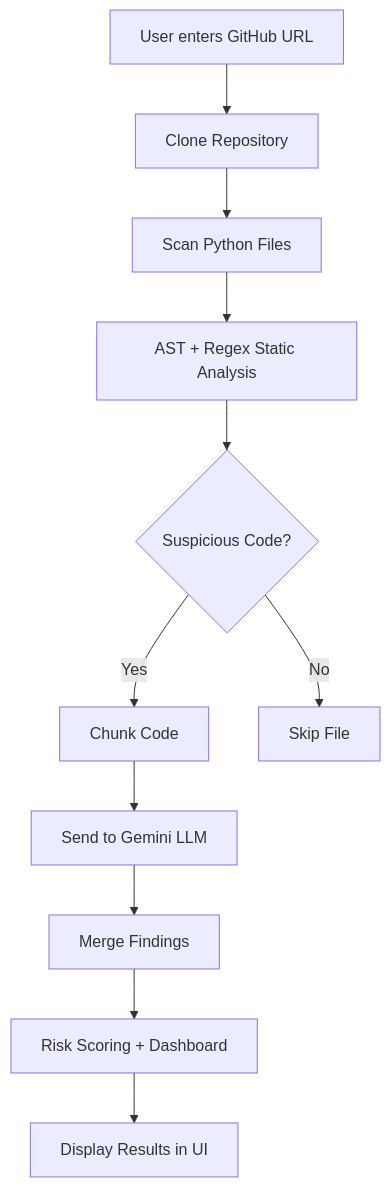
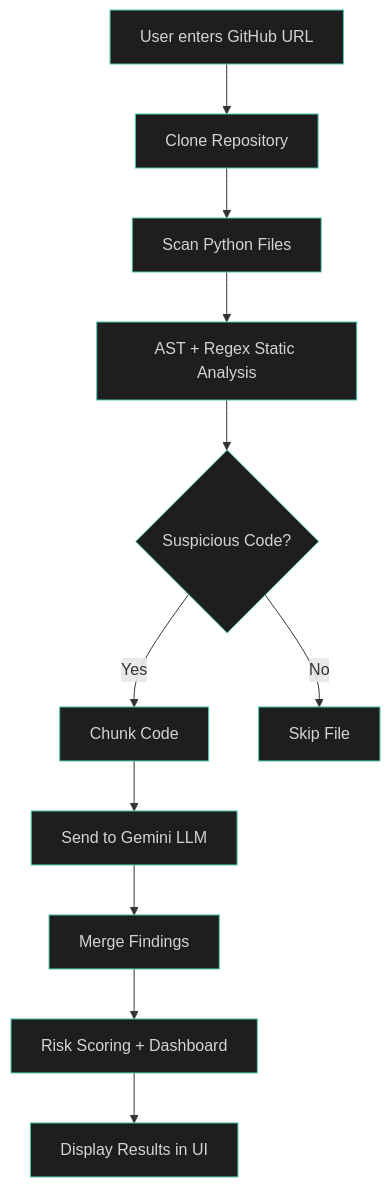
The first of 2 diagrams in README.md (Akkii88/CodeSage.AI), drawn with Mermaid before and after one commit. The commit also changed other lines of this file and 6 other files, not shown here.

Commit message:
Update README with screenshots and improved flowcharts

````diff
--- a/README.md
+++ b/README.md
@@ -29,13 +42,16 @@
 ```mermaid
 flowchart TD
     A[User enters GitHub URL] --> B[Clone Repository]
     B --> C[Scan Python Files]
     C --> D[AST + Regex Static Analysis]
     D --> E{Suspicious Code?}
     E -->|Yes| F[Chunk Code]
     E -->|No| G[Skip File]
     F --> H[Send to Gemini LLM]
     H --> I[Merge Findings]
     I --> J[Risk Scoring + Dashboard]
     J --> K[Display Results in UI]
+
+    classDef default fill:#1e1e1e,color:#d4d4d4,stroke:#4ec9b0
+    class A,B,C,D,E,F,G,H,I,J,K default
 ```
````
